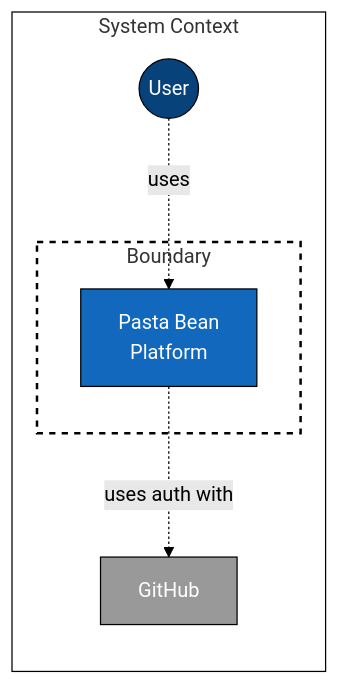
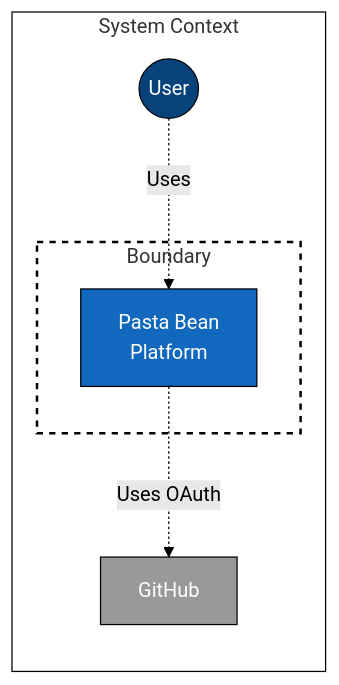
The first of 2 diagrams in README.md (Daniil-Solo/PastaBeanPlatform), drawn with Mermaid (forest theme) before and after one commit. The commit also changed other lines of this file, not shown here.

Commit message:
add c4 containers diagram

````diff
--- a/README.md
+++ b/README.md
@@ -6,25 +6,25 @@
 ```mermaid
 graph LR
     %% C4 style classes c4model.com %%
     classDef person fill:#08427b,stroke:black,color:white;
     classDef mainSystem fill:#1168bd,stroke:black,color:white;
     classDef existingSystem fill:#999999,stroke:black,color:white;
     classDef boundary fill:white,stroke:black,stroke-width:2px,stroke-dasharray: 5 5;
     classDef frame fill:white,stroke:black;
 
     %% nodes %%
     Person((User)):::person
     MainSystem[Pasta Bean <br>Platform]:::mainSystem
     ExistingSystem["GitHub"]:::existingSystem
 
     %% connections and boundaries %%
     subgraph Legend [System Context]
-        Person-.->|uses| MainSystem
+        Person-.->|Uses| MainSystem
         subgraph Boundary
             MainSystem
         end
-        MainSystem-.->|uses auth with| ExistingSystem
+        MainSystem-.->|Uses OAuth| ExistingSystem
         class Boundary boundary
     end
     class Legend frame
 ```
````
